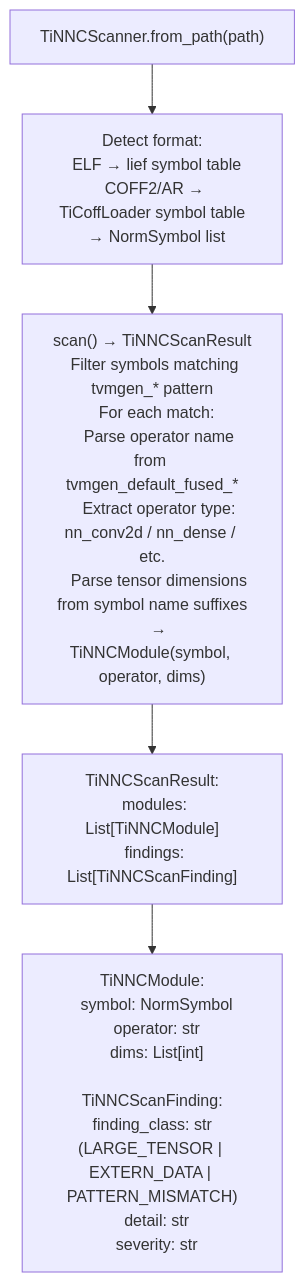
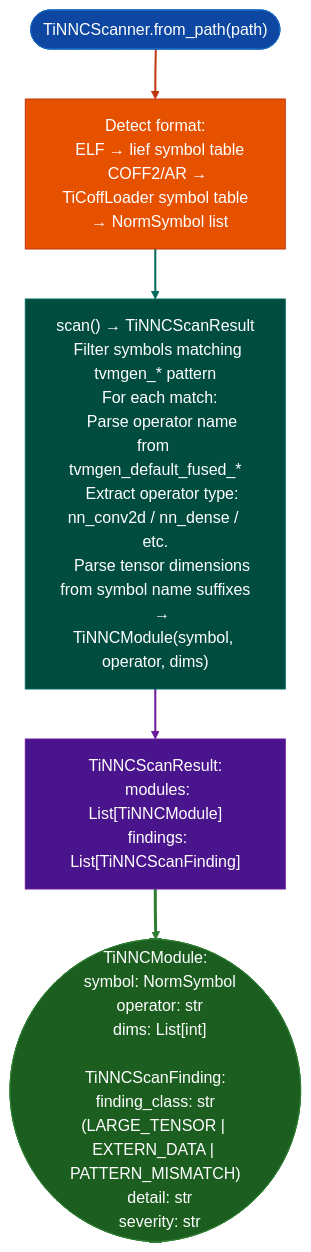
Before and after one commit to Ablation-Tool/ablation: the diagram in docs/reference-modules/ti-neural-network-artifacts.md, drawn with Mermaid. The commit also changed 320 other files, not shown here.

First line of the commit message:
docs: apply canonical Mermaid template to all 321 diagrams

````diff
--- a/docs/reference-modules/ti-neural-network-artifacts.md
+++ b/docs/reference-modules/ti-neural-network-artifacts.md
@@ -19,7 +19,17 @@
 ```mermaid
 flowchart TD
-    A["TiNNCScanner.from_path(path)"] --> B["Detect format:\n  ELF → lief symbol table\n  COFF2/AR → TiCoffLoader symbol table\n  → NormSymbol list"]
-    B --> C["scan() → TiNNCScanResult\n  Filter symbols matching tvmgen_* pattern\n  For each match:\n    Parse operator name from tvmgen_default_fused_*\n    Extract operator type: nn_conv2d / nn_dense / etc.\n    Parse tensor dimensions from symbol name suffixes\n    → TiNNCModule(symbol, operator, dims)"]
-    C --> D["TiNNCScanResult:\n  modules: List[TiNNCModule]\n  findings: List[TiNNCScanFinding]"]
-    D --> E["TiNNCModule:\n  symbol: NormSymbol\n  operator: str\n  dims: List[int]\n\nTiNNCScanFinding:\n  finding_class: str  (LARGE_TENSOR | EXTERN_DATA | PATTERN_MISMATCH)\n  detail: str\n  severity: str"]
+    A(["TiNNCScanner.from_path(path)"]):::input --> B["Detect format:\n  ELF → lief symbol table\n  COFF2/AR → TiCoffLoader symbol table\n  → NormSymbol list"]:::primary
+    B:::primary --> C["scan() → TiNNCScanResult\n  Filter symbols matching tvmgen_* pattern\n  For each match:\n    Parse operator name from tvmgen_default_fused_*\n    Extract operator type: nn_conv2d / nn_dense / etc.\n    Parse tensor dimensions from symbol name suffixes\n    → TiNNCModule(symbol, operator, dims)"]:::secondary
+    C:::secondary --> D["TiNNCScanResult:\n  modules: List[TiNNCModule]\n  findings: List[TiNNCScanFinding]"]:::tertiary
+    D:::tertiary --> E(["TiNNCModule:\n  symbol: NormSymbol\n  operator: str\n  dims: List[int]\n\nTiNNCScanFinding:\n  finding_class: str  (LARGE_TENSOR | EXTERN_DATA | PATTERN_MISMATCH)\n  detail: str\n  severity: str"]):::output
+    classDef input     fill:#0d47a1,stroke:#1565c0,color:#fff
+    classDef primary   fill:#e65100,stroke:#bf360c,color:#fff
+    classDef secondary fill:#004d40,stroke:#00695c,color:#fff
+    classDef tertiary  fill:#4a148c,stroke:#6a1b9a,color:#fff
+    classDef neutral   fill:#37474f,stroke:#546e7a,color:#fff
+    classDef output    fill:#1b5e20,stroke:#2e7d32,color:#fff
+    linkStyle 0 stroke:#bf360c,stroke-width:2px
+    linkStyle 1 stroke:#00695c,stroke-width:2px
+    linkStyle 2 stroke:#6a1b9a,stroke-width:2px
+    linkStyle 3 stroke:#2e7d32,stroke-width:3px
 ```
````
